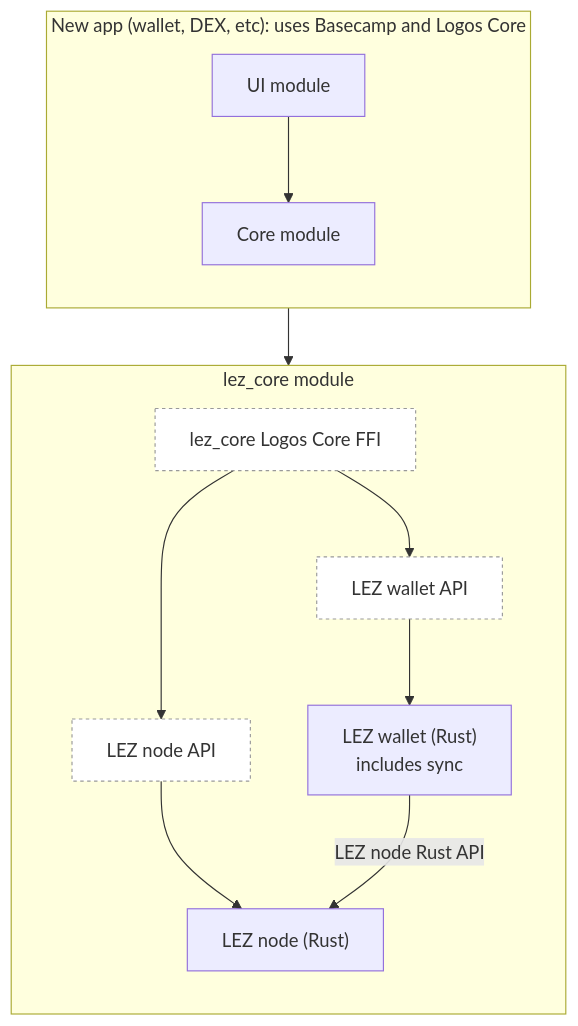
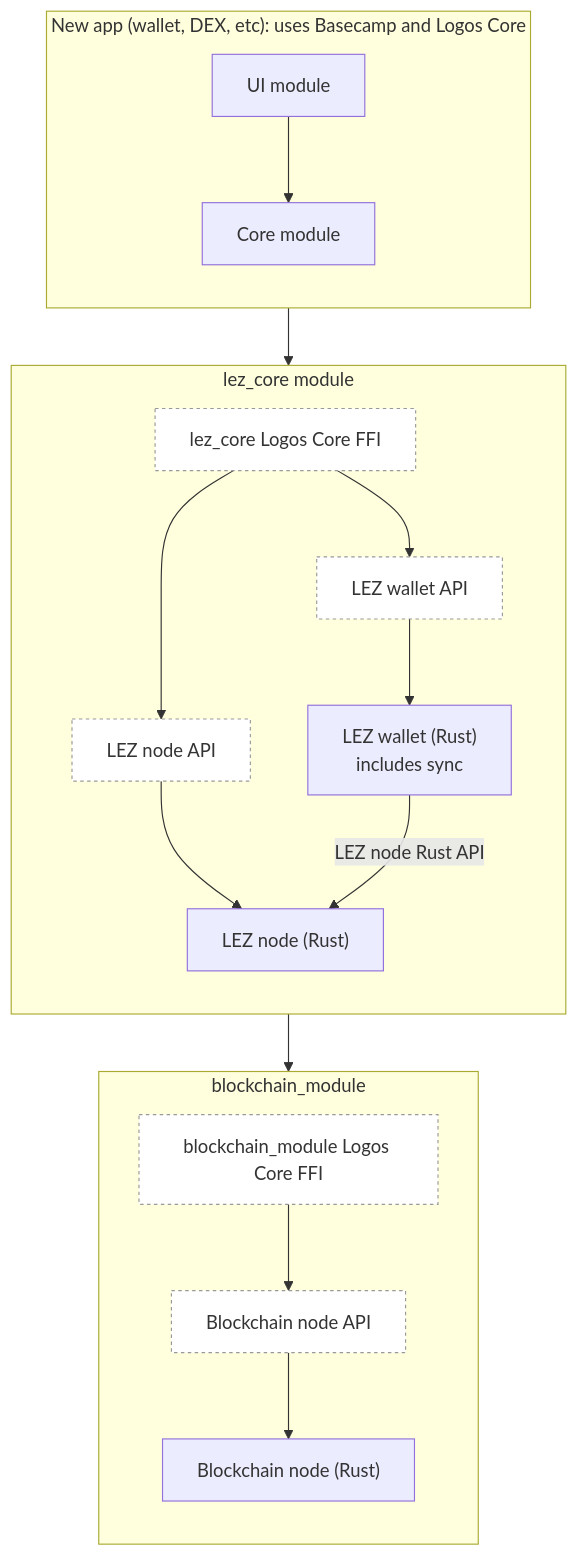
The first of 3 diagrams in RFPs/RFP-027-lez-node-api.md (logos-co/rfp), drawn with Mermaid before and after one commit. The commit also changed other lines of this file, not shown here.

````diff
--- a/RFPs/RFP-027-lez-node-api.md
+++ b/RFPs/RFP-027-lez-node-api.md
@@ -155,28 +170,41 @@
 ```mermaid
 flowchart TB
   subgraph app["New app (wallet, DEX, etc): uses Basecamp and Logos Core"]
     direction TB
     appUi["UI module"] --> appCore["Core module"]
   end
 
   subgraph lezmod["lez_core module"]
     direction TB
     ffi["lez_core Logos Core FFI"]
     walletApi["LEZ wallet API"]
     nodeApi["LEZ node API"]
     wallet["LEZ wallet (Rust)<br/>includes sync"]
     node["LEZ node (Rust)"]
 
     ffi --> walletApi
     ffi --> nodeApi
     walletApi --> wallet
     nodeApi --> node
     wallet -- "LEZ node Rust API" --> node
   end
 
+  subgraph lbmod["blockchain_module"]
+    direction TB
+    lbFfi["blockchain_module Logos Core FFI"]
+    lbApi["Blockchain node API"]
+    lbNode["Blockchain node (Rust)"]
+
+    lbFfi --> lbApi
+    lbApi --> lbNode
+  end
+
   appCore --> ffi
+  node --> lbFfi
 
   style ffi fill:#ffffff,stroke:#999999,stroke-dasharray:3 3
   style walletApi fill:#ffffff,stroke:#999999,stroke-dasharray:3 3
   style nodeApi fill:#ffffff,stroke:#999999,stroke-dasharray:3 3
+  style lbFfi fill:#ffffff,stroke:#999999,stroke-dasharray:3 3
+  style lbApi fill:#ffffff,stroke:#999999,stroke-dasharray:3 3
 ```
````
